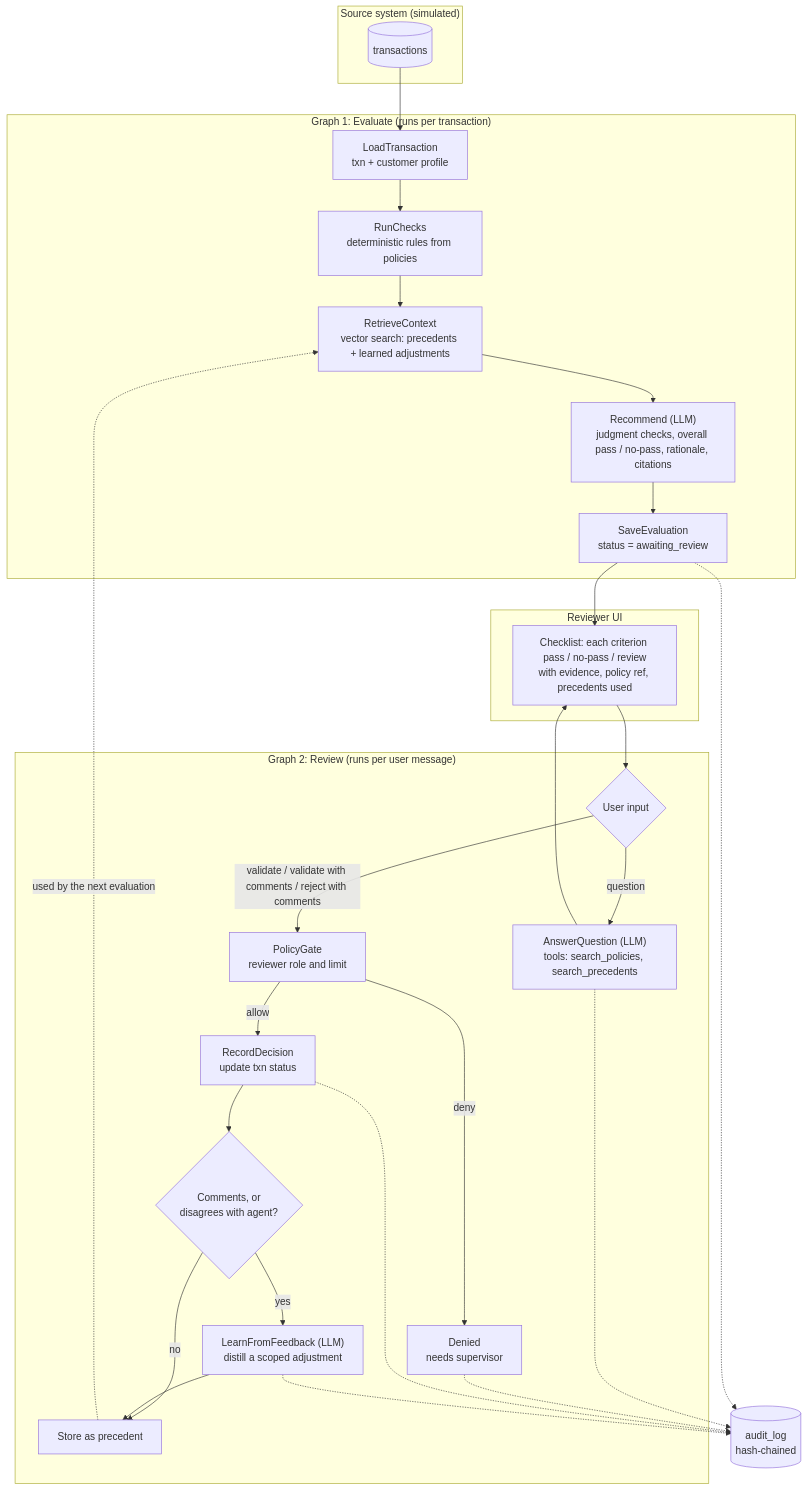
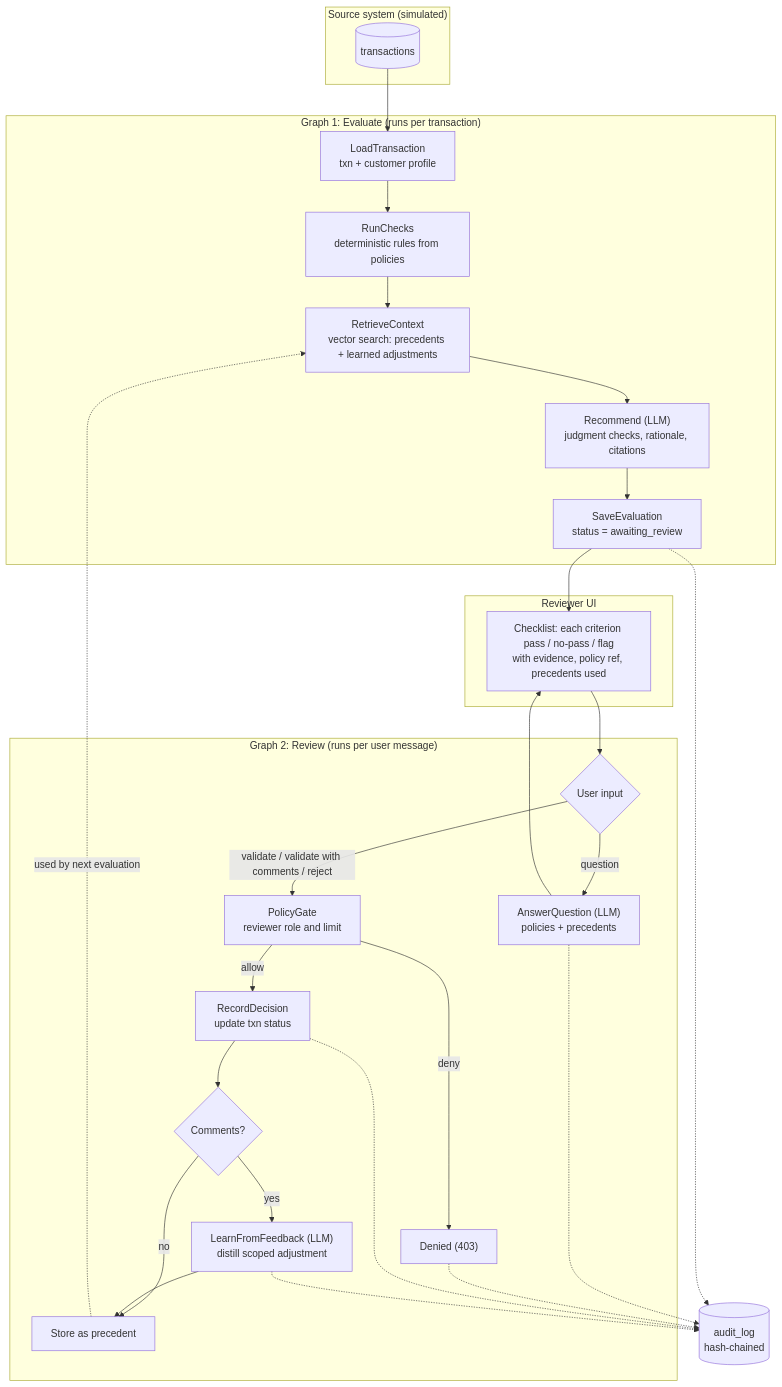
The diagram in transaction-validation-design.md (lognos/transactions_monitor), drawn with Mermaid before and after one commit. The commit also changed other lines of this file and 6 other files, not shown here.

````diff
--- a/transaction-validation-design.md
+++ b/transaction-validation-design.md
@@ -29,42 +20,42 @@
 ```mermaid
 flowchart TD
     subgraph SRC["Source system (simulated)"]
         T[("transactions")]
     end
 
     subgraph G1["Graph 1: Evaluate (runs per transaction)"]
         A["LoadTransaction<br/>txn + customer profile"] --> B["RunChecks<br/>deterministic rules from policies"]
         B --> C["RetrieveContext<br/>vector search: precedents + learned adjustments"]
-        C --> D["Recommend (LLM)<br/>judgment checks, overall pass / no-pass, rationale, citations"]
+        C --> D["Recommend (LLM)<br/>judgment checks, rationale, citations"]
         D --> E["SaveEvaluation<br/>status = awaiting_review"]
     end
 
     subgraph UI["Reviewer UI"]
-        F["Checklist: each criterion pass / no-pass / review<br/>with evidence, policy ref, precedents used"]
+        F["Checklist: each criterion pass / no-pass / flag<br/>with evidence, policy ref, precedents used"]
     end
 
     subgraph G2["Graph 2: Review (runs per user message)"]
         H{"User input"}
-        H -->|question| I["AnswerQuestion (LLM)<br/>tools: search_policies, search_precedents"]
-        H -->|"validate / validate with comments / reject with comments"| J["PolicyGate<br/>reviewer role and limit"]
-        J -->|deny| K["Denied<br/>needs supervisor"]
+        H -->|question| I["AnswerQuestion (LLM)<br/>policies + precedents"]
+        H -->|"validate / validate with comments / reject"| J["PolicyGate<br/>reviewer role and limit"]
+        J -->|deny| K["Denied (403)"]
         J -->|allow| L["RecordDecision<br/>update txn status"]
-        L --> M{"Comments, or<br/>disagrees with agent?"}
-        M -->|yes| N["LearnFromFeedback (LLM)<br/>distill a scoped adjustment"]
+        L --> M{"Comments?"}
+        M -->|yes| N["LearnFromFeedback (LLM)<br/>distill scoped adjustment"]
         M -->|no| O["Store as precedent"]
         N --> O
     end
 
     T --> A
     E --> F
     F --> H
     I --> F
-    O -.->|"used by the next evaluation"| C
+    O -.->|"used by next evaluation"| C
 
     AUD[("audit_log<br/>hash-chained")]
     E -.-> AUD
     I -.-> AUD
     K -.-> AUD
     L -.-> AUD
     N -.-> AUD
 ```
````
